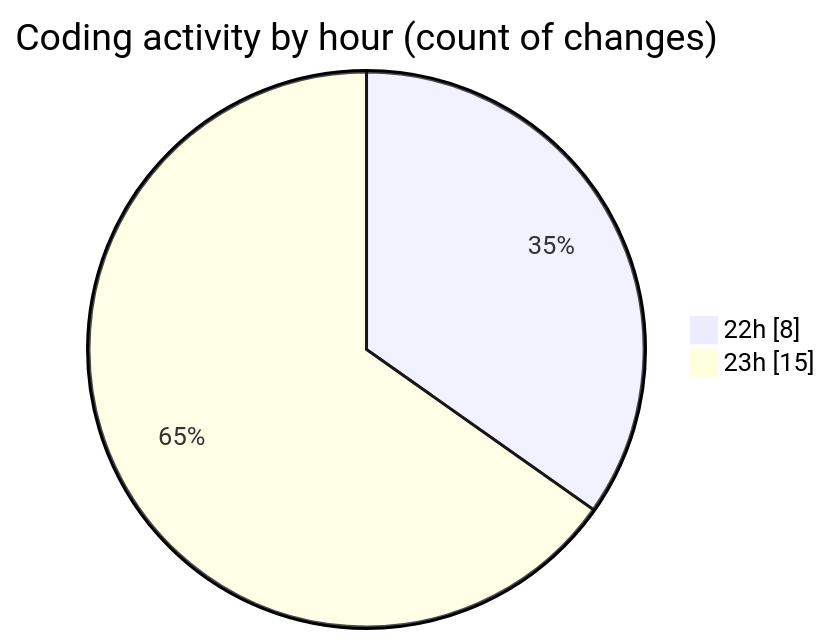
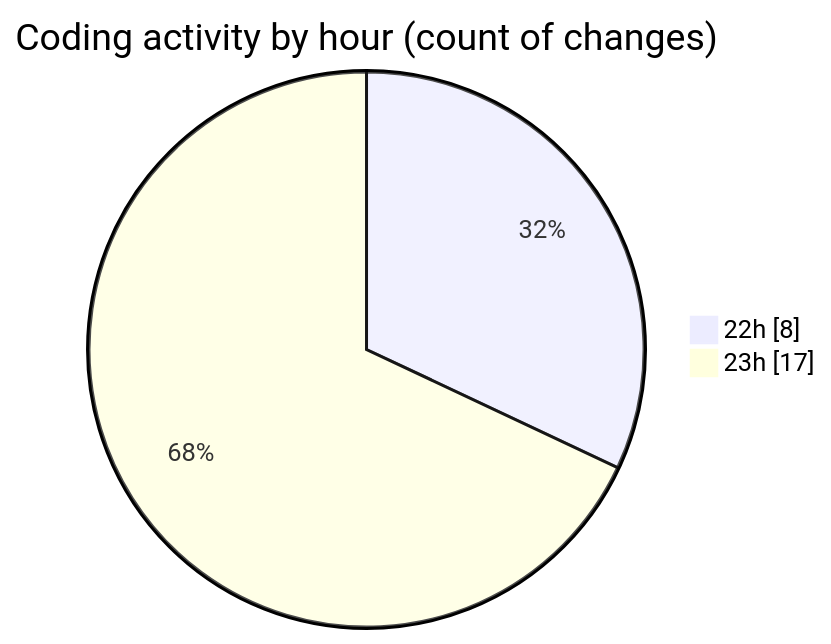
One commit to hasnaa123/code-tracking changed the second of 2 diagrams in 2026-03-03/student_performance_system/README.md. Above: the diagram before and after it, drawn with Mermaid. The commit also changed other lines of this file and 1 other file, not shown here.

````diff
--- a/2026-03-03/student_performance_system/README.md
+++ b/2026-03-03/student_performance_system/README.md
@@ -28,6 +28,6 @@
 ```mermaid
 pie showData
 title Coding activity by hour (count of changes)
 "22h" : 8
-"23h" : 15
+"23h" : 17
 ```
````
